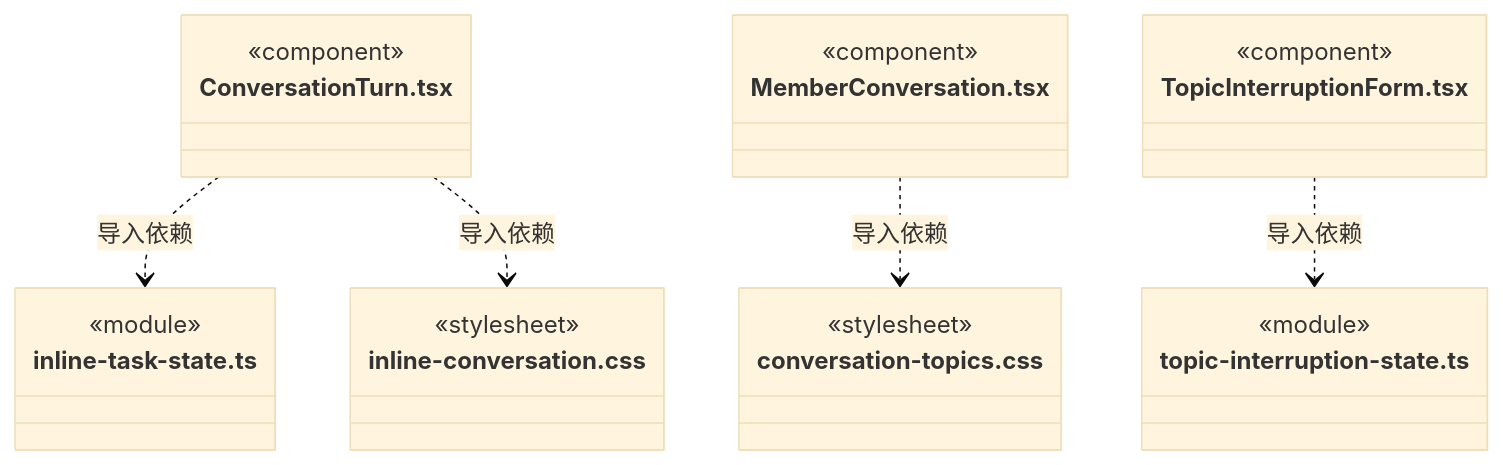
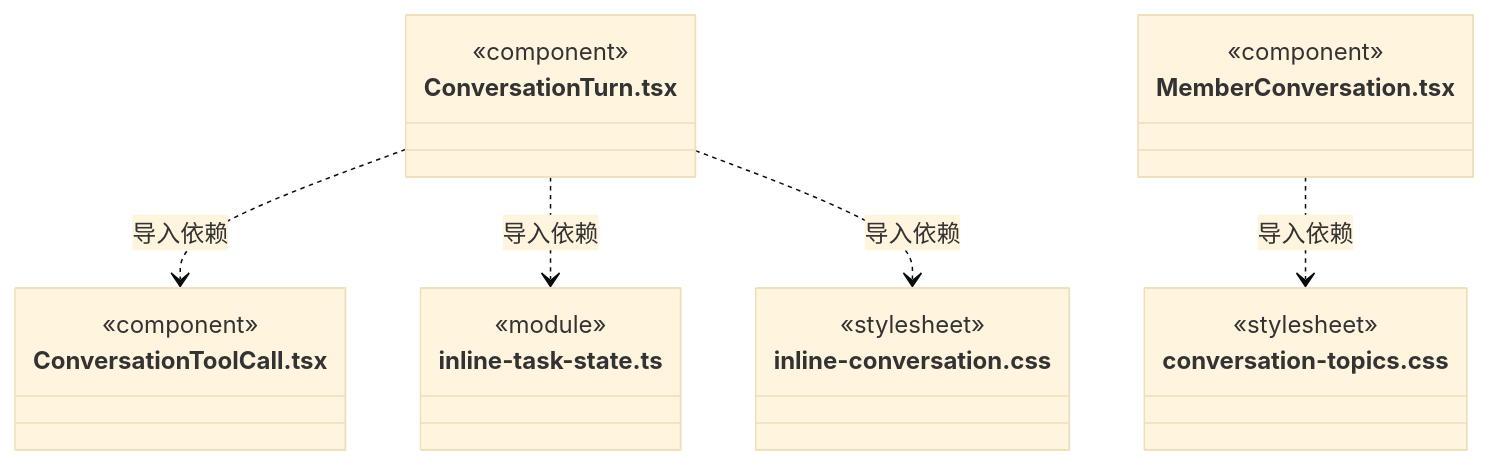
Before and after one commit to nan023062/cbim: diagram 49 of 53 in src/view/conversation/ARCHITECTURE.md, drawn with Mermaid (base theme). The commit also changed other lines of this file and 10 other files, not shown here.

````diff
--- a/src/view/conversation/ARCHITECTURE.md
+++ b/src/view/conversation/ARCHITECTURE.md
@@ -770,28 +781,25 @@
 ```mermaid
 classDiagram
 class N_src_view_conversation_ConversationTurn_tsx["ConversationTurn.tsx"] {
+  <<component>>
+}
+class N_src_view_conversation_ConversationToolCall_tsx["ConversationToolCall.tsx"] {
   <<component>>
 }
 class N_src_view_conversation_inline_task_state_ts["inline-task-state.ts"] {
   <<module>>
 }
 class N_src_view_conversation_inline_conversation_css["inline-conversation.css"] {
   <<stylesheet>>
 }
 class N_src_view_conversation_MemberConversation_tsx["MemberConversation.tsx"] {
   <<component>>
 }
 class N_src_view_conversation_conversation_topics_css["conversation-topics.css"] {
   <<stylesheet>>
 }
-class N_src_view_conversation_TopicInterruptionForm_tsx["TopicInterruptionForm.tsx"] {
-  <<component>>
-}
-class N_src_view_conversation_topic_interruption_state_ts["topic-interruption-state.ts"] {
-  <<module>>
-}
+N_src_view_conversation_ConversationTurn_tsx ..> N_src_view_conversation_ConversationToolCall_tsx : 导入依赖
 N_src_view_conversation_ConversationTurn_tsx ..> N_src_view_conversation_inline_task_state_ts : 导入依赖
 N_src_view_conversation_ConversationTurn_tsx ..> N_src_view_conversation_inline_conversation_css : 导入依赖
 N_src_view_conversation_MemberConversation_tsx ..> N_src_view_conversation_conversation_topics_css : 导入依赖
-N_src_view_conversation_TopicInterruptionForm_tsx ..> N_src_view_conversation_topic_interruption_state_ts : 导入依赖
 ```
````
